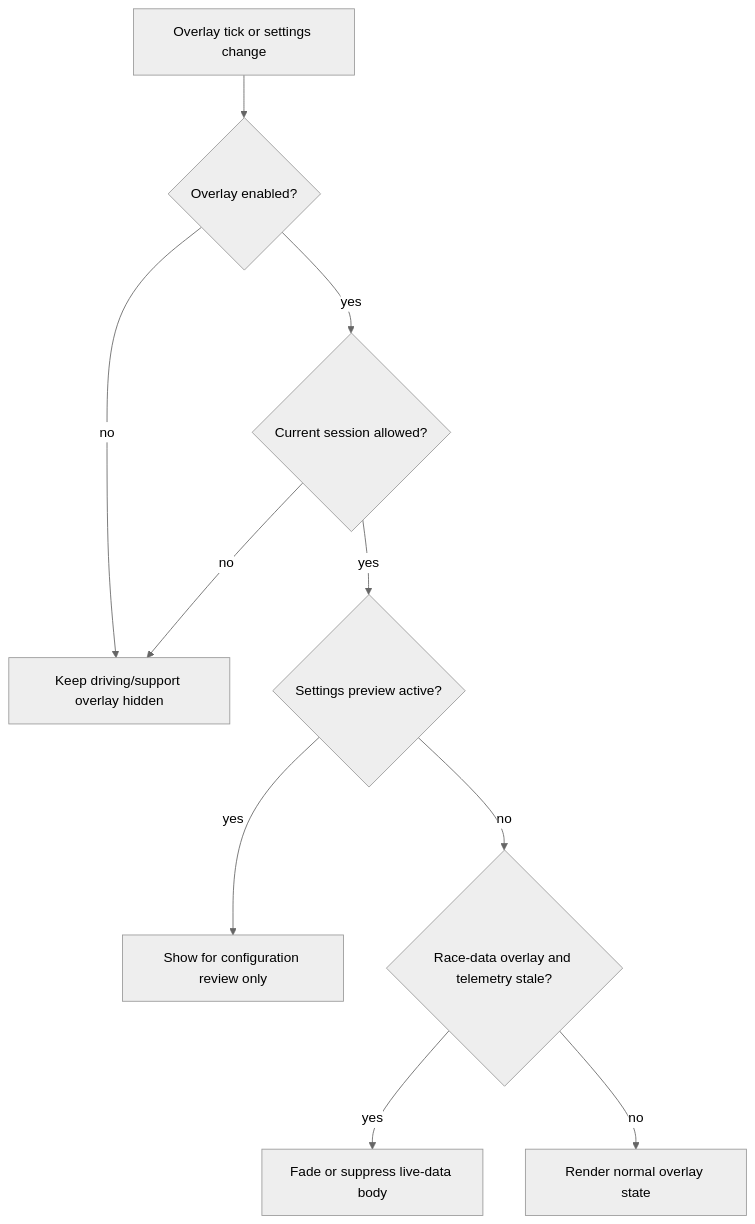
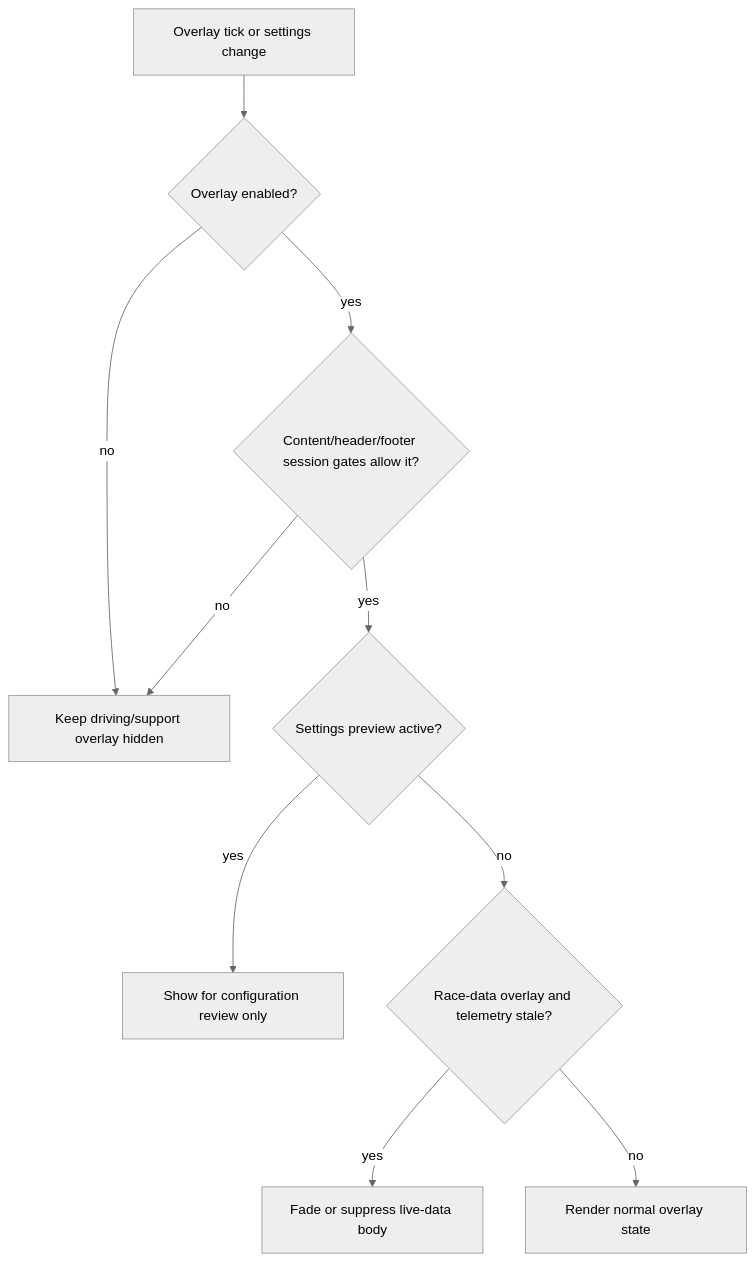
One commit to Boucher-David/tmrOverlay changed the first of 16 diagrams in docs/overlay-flow-diagrams.md. Above: the diagram before and after it, drawn with Mermaid (neutral theme). The commit also changed other lines of this file and 267 other files, not shown here.

````diff
--- a/docs/overlay-flow-diagrams.md
+++ b/docs/overlay-flow-diagrams.md
@@ -9,12 +9,12 @@
 ```mermaid
 flowchart TD
     Start["Overlay tick or settings change"] --> Enabled{"Overlay enabled?"}
     Enabled -- no --> Hidden["Keep driving/support overlay hidden"]
-    Enabled -- yes --> Session{"Current session allowed?"}
+    Enabled -- yes --> Session{"Content/header/footer session gates allow it?"}
     Session -- no --> Hidden
     Session -- yes --> Preview{"Settings preview active?"}
     Preview -- yes --> ShowPreview["Show for configuration review only"]
     Preview -- no --> Live{"Race-data overlay and telemetry stale?"}
     Live -- yes --> Fade["Fade or suppress live-data body"]
     Live -- no --> Show["Render normal overlay state"]
 ```
````
